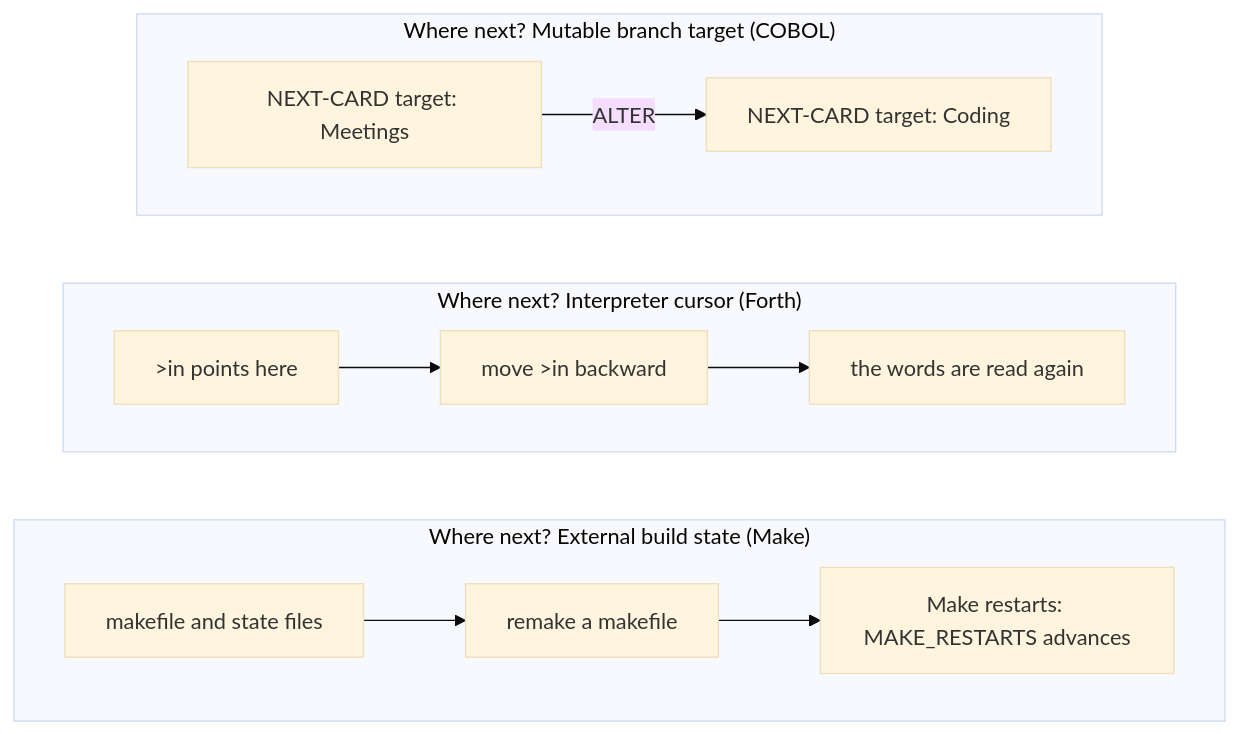
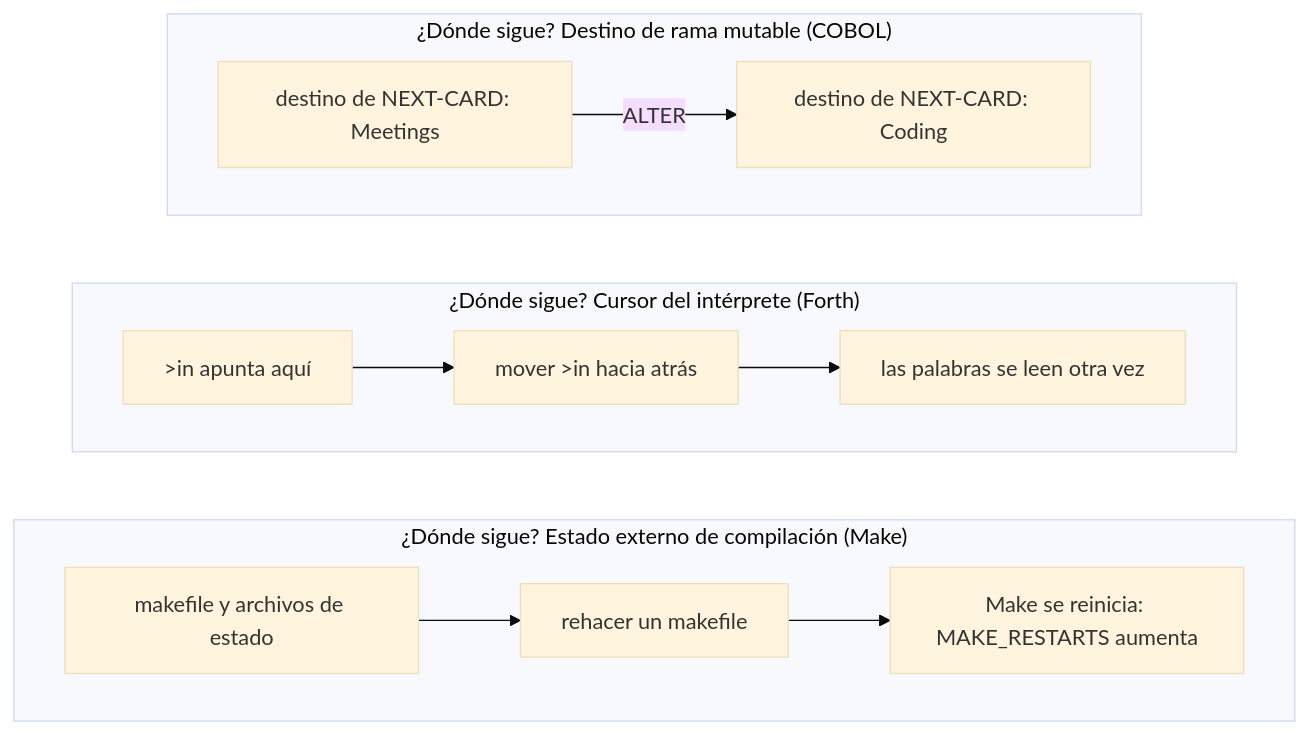
Before and after one commit to dullroar/aprende-a-programar-como-un-bicho-raro: the second of 4 diagrams in lessons/patrones.md, drawn with Mermaid (base theme). The commit also changed other lines of this file and 7 other files, not shown here.

````diff
--- a/lessons/patrones.md
+++ b/lessons/patrones.md
@@ -69,17 +69,17 @@
 ```mermaid
 flowchart LR
-    accTitle: A program counter can be encoded in a jump target, parser position, or external files
-    accDescr: Three small parallel tracks, each answering where next. In COBOL, the NEXT-CARD jump target names Meetings, ALTER rewrites it, and the target now names Coding. In Forth, the interpreter's parse position, called to-in, points here, the program moves it backward, and the words are read again. In GNU Make, makefiles and state files exist, Make remakes a makefile, and then restarts with MAKE_RESTARTS advanced.
-    subgraph MAKE["Where next? External build state (Make)"]
+    accTitle: Un contador de programa puede codificarse en un destino de salto, en la posición de un analizador sintáctico o en archivos externos
+    accDescr: Tres pistas paralelas pequeñas, y cada una responde a dónde sigue. En COBOL, el destino de salto NEXT-CARD nombra Meetings, ALTER lo reescribe y el destino pasa a nombrar Coding. En Forth, la posición de análisis del intérprete, llamada to-in, apunta aquí, el programa la mueve hacia atrás y las palabras se leen otra vez. En GNU Make existen makefiles y archivos de estado, Make rehace un makefile y luego se reinicia con MAKE_RESTARTS aumentado.
+    subgraph MAKE["¿Dónde sigue? Estado externo de compilación (Make)"]
         direction LR
-        M1["makefile and state files"] --> M2["remake a makefile"] --> M3["Make restarts: MAKE_RESTARTS advances"]
+        M1["makefile y archivos de estado"] --> M2["rehacer un makefile"] --> M3["Make se reinicia: MAKE_RESTARTS aumenta"]
     end
-    subgraph FORTH["Where next? Interpreter cursor (Forth)"]
+    subgraph FORTH["¿Dónde sigue? Cursor del intérprete (Forth)"]
         direction LR
-        F1["#gt;in points here"] --> F2["move #gt;in backward"] --> F3["the words are read again"]
+        F1["#gt;in apunta aquí"] --> F2["mover #gt;in hacia atrás"] --> F3["las palabras se leen otra vez"]
     end
-    subgraph COBOL["Where next? Mutable branch target (COBOL)"]
+    subgraph COBOL["¿Dónde sigue? Destino de rama mutable (COBOL)"]
         direction LR
-        C1["NEXT-CARD target: Meetings"] -->|"ALTER"| C2["NEXT-CARD target: Coding"]
+        C1["destino de NEXT-CARD: Meetings"] -->|"ALTER"| C2["destino de NEXT-CARD: Coding"]
     end
 ```
````
